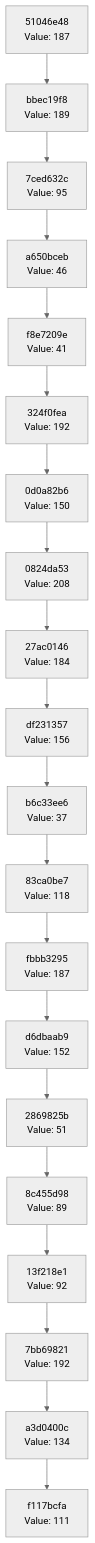
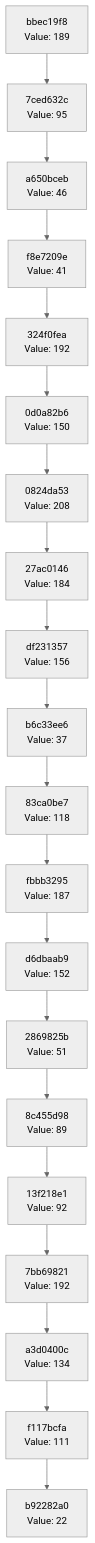
Before and after one commit to Abhisheksinha1506/hash-chain-evolver: the diagram in docs/CHAIN_VISUALIZATION.md, drawn with Mermaid (neutral theme). The commit also changed 3 other files, not shown here.

````diff
--- a/docs/CHAIN_VISUALIZATION.md
+++ b/docs/CHAIN_VISUALIZATION.md
@@ -3,42 +3,42 @@
 ```mermaid
 graph TD
-    C0["f117bcfa<br/>Value: 111"]
-    C1["a3d0400c<br/>Value: 134"]
+    C0["b92282a0<br/>Value: 22"]
+    C1["f117bcfa<br/>Value: 111"]
     C1 --> C0
-    C2["7bb69821<br/>Value: 192"]
+    C2["a3d0400c<br/>Value: 134"]
     C2 --> C1
-    C3["13f218e1<br/>Value: 92"]
+    C3["7bb69821<br/>Value: 192"]
     C3 --> C2
-    C4["8c455d98<br/>Value: 89"]
+    C4["13f218e1<br/>Value: 92"]
     C4 --> C3
-    C5["2869825b<br/>Value: 51"]
+    C5["8c455d98<br/>Value: 89"]
     C5 --> C4
-    C6["d6dbaab9<br/>Value: 152"]
+    C6["2869825b<br/>Value: 51"]
     C6 --> C5
-    C7["fbbb3295<br/>Value: 187"]
+    C7["d6dbaab9<br/>Value: 152"]
     C7 --> C6
-    C8["83ca0be7<br/>Value: 118"]
+    C8["fbbb3295<br/>Value: 187"]
     C8 --> C7
-    C9["b6c33ee6<br/>Value: 37"]
+    C9["83ca0be7<br/>Value: 118"]
     C9 --> C8
-    C10["df231357<br/>Value: 156"]
+    C10["b6c33ee6<br/>Value: 37"]
     C10 --> C9
-    C11["27ac0146<br/>Value: 184"]
+    C11["df231357<br/>Value: 156"]
     C11 --> C10
-    C12["0824da53<br/>Value: 208"]
+    C12["27ac0146<br/>Value: 184"]
     C12 --> C11
-    C13["0d0a82b6<br/>Value: 150"]
+    C13["0824da53<br/>Value: 208"]
     C13 --> C12
-    C14["324f0fea<br/>Value: 192"]
+    C14["0d0a82b6<br/>Value: 150"]
     C14 --> C13
-    C15["f8e7209e<br/>Value: 41"]
+    C15["324f0fea<br/>Value: 192"]
     C15 --> C14
-    C16["a650bceb<br/>Value: 46"]
+    C16["f8e7209e<br/>Value: 41"]
     C16 --> C15
-    C17["7ced632c<br/>Value: 95"]
+    C17["a650bceb<br/>Value: 46"]
     C17 --> C16
-    C18["bbec19f8<br/>Value: 189"]
+    C18["7ced632c<br/>Value: 95"]
     C18 --> C17
-    C19["51046e48<br/>Value: 187"]
+    C19["bbec19f8<br/>Value: 189"]
     C19 --> C18
 ```
````
